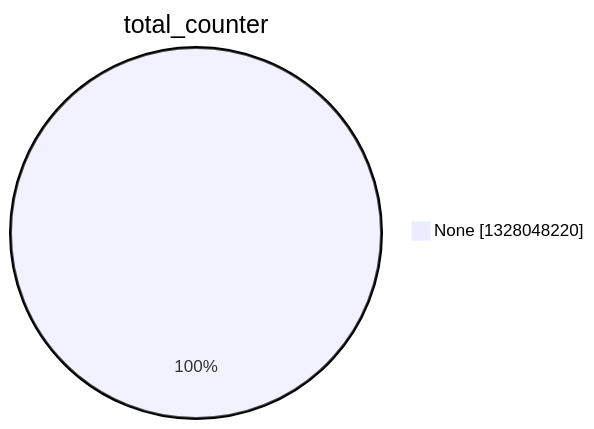
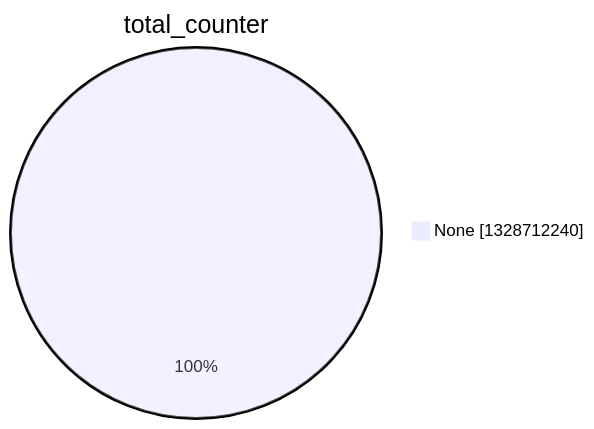
The second of 15 diagrams in argon2022/README.md (christiankrug/ctmonitor_visualization), drawn with Mermaid before and after one commit. The commit also changed other lines of this file, not shown here.

````diff
--- a/argon2022/README.md
+++ b/argon2022/README.md
@@ -9,5 +9,5 @@
 ```mermaid
 pie showData
 title total_counter
-"None" :1328048220
+"None" :1328712240
 ```
````
